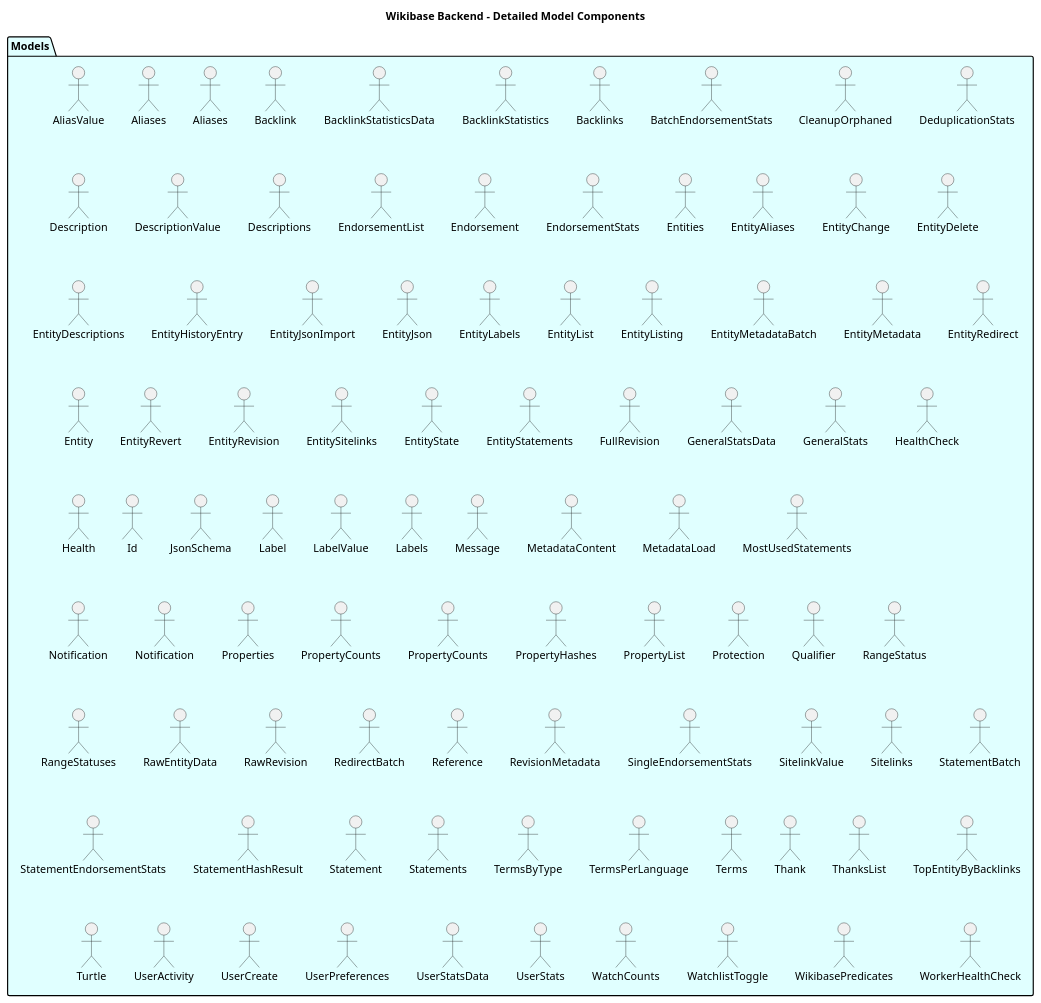
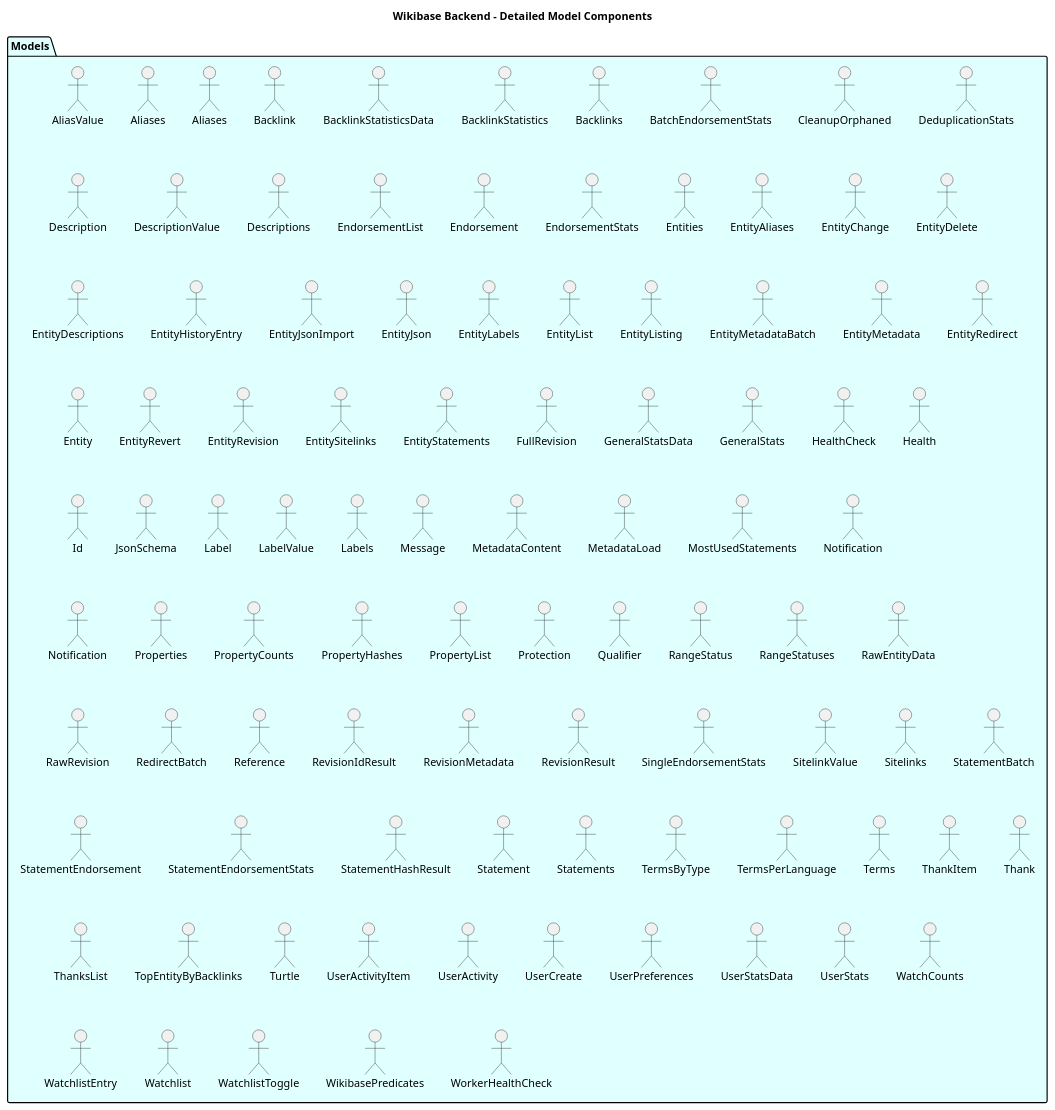
Before and after one commit to dpriskorn/entitybase-backend: the diagram in doc/DIAGRAMS/detailed_model_components.puml, drawn with PlantUML. The commit also changed 15 other files, not shown here.

```diff
--- a/doc/DIAGRAMS/detailed_model_components.puml
+++ b/doc/DIAGRAMS/detailed_model_components.puml
@@ -1,99 +1,104 @@
 @startuml Detailed Model Components
 
 title Wikibase Backend - Detailed Model Components
 
 package "Models" as Models #LightCyan {
     "AliasValue" as AliasValue
     "Aliases" as Aliases
     "Aliases" as AliasesResponse
-    "Backlink" as Backlink
+    "Backlink" as BacklinkResponse
     "BacklinkStatisticsData" as BacklinkStatisticsData
     "BacklinkStatistics" as BacklinkStatisticsResponse
     "Backlinks" as BacklinksResponse
     "BatchEndorsementStats" as BatchEndorsementStatsResponse
     "CleanupOrphaned" as CleanupOrphanedResponse
     "DeduplicationStats" as DeduplicationStatsResponse
     "Description" as DescriptionResponse
     "DescriptionValue" as DescriptionValue
     "Descriptions" as DescriptionsResponse
     "EndorsementList" as EndorsementListResponse
     "Endorsement" as EndorsementResponse
     "EndorsementStats" as EndorsementStatsResponse
     "Entities" as EntitiesResponse
     "EntityAliases" as EntityAliasesResponse
     "EntityChange" as EntityChange
     "EntityDelete" as EntityDeleteResponse
     "EntityDescriptions" as EntityDescriptionsResponse
     "EntityHistoryEntry" as EntityHistoryEntry
     "EntityJsonImport" as EntityJsonImportResponse
     "EntityJson" as EntityJsonResponse
     "EntityLabels" as EntityLabelsResponse
     "EntityList" as EntityListResponse
     "EntityListing" as EntityListing
     "EntityMetadataBatch" as EntityMetadataBatchResponse
     "EntityMetadata" as EntityMetadataResponse
     "EntityRedirect" as EntityRedirectResponse
     "Entity" as EntityResponse
     "EntityRevert" as EntityRevertResponse
     "EntityRevision" as EntityRevisionResponse
     "EntitySitelinks" as EntitySitelinksResponse
-    "EntityState" as EntityState
     "EntityStatements" as EntityStatementsResponse
     "FullRevision" as FullRevisionResponse
     "GeneralStatsData" as GeneralStatsData
     "GeneralStats" as GeneralStatsResponse
     "HealthCheck" as HealthCheckResponse
     "Health" as HealthResponse
     "Id" as IdResponse
     "JsonSchema" as JsonSchema
     "Label" as LabelResponse
     "LabelValue" as LabelValue
     "Labels" as LabelsResponse
     "Message" as MessageResponse
     "MetadataContent" as MetadataContent
     "MetadataLoad" as MetadataLoadResponse
     "MostUsedStatements" as MostUsedStatementsResponse
     "Notification" as Notification
     "Notification" as NotificationResponse
     "Properties" as PropertiesResponse
-    "PropertyCounts" as PropertyCounts
     "PropertyCounts" as PropertyCountsResponse
     "PropertyHashes" as PropertyHashesResponse
     "PropertyList" as PropertyListResponse
     "Protection" as ProtectionResponse
     "Qualifier" as QualifierResponse
     "RangeStatus" as RangeStatus
     "RangeStatuses" as RangeStatuses
     "RawEntityData" as RawEntityData
     "RawRevision" as RawRevisionResponse
     "RedirectBatch" as RedirectBatchResponse
     "Reference" as ReferenceResponse
+    "RevisionIdResult" as RevisionIdResult
     "RevisionMetadata" as RevisionMetadataResponse
+    "RevisionResult" as RevisionResult
     "SingleEndorsementStats" as SingleEndorsementStatsResponse
     "SitelinkValue" as SitelinkValue
     "Sitelinks" as SitelinksResponse
     "StatementBatch" as StatementBatchResponse
+    "StatementEndorsement" as StatementEndorsementResponse
     "StatementEndorsementStats" as StatementEndorsementStats
     "StatementHashResult" as StatementHashResult
     "Statement" as StatementResponse
     "Statements" as StatementsResponse
     "TermsByType" as TermsByType
     "TermsByType" as TermsByType
     "TermsPerLanguage" as TermsPerLanguage
     "Terms" as TermsResponse
+    "ThankItem" as ThankItemResponse
     "Thank" as ThankResponse
     "ThanksList" as ThanksListResponse
     "TopEntityByBacklinks" as TopEntityByBacklinks
     "Turtle" as TurtleResponse
+    "UserActivityItem" as UserActivityItemResponse
     "UserActivity" as UserActivityResponse
     "UserCreate" as UserCreateResponse
     "UserPreferences" as UserPreferencesResponse
     "UserStatsData" as UserStatsData
     "UserStats" as UserStatsResponse
     "WatchCounts" as WatchCounts
+    "WatchlistEntry" as WatchlistEntryResponse
+    "Watchlist" as WatchlistResponse
     "WatchlistToggle" as WatchlistToggleResponse
     "WikibasePredicates" as WikibasePredicatesResponse
     "WorkerHealthCheck" as WorkerHealthCheckResponse
 }
 
 @enduml
```
